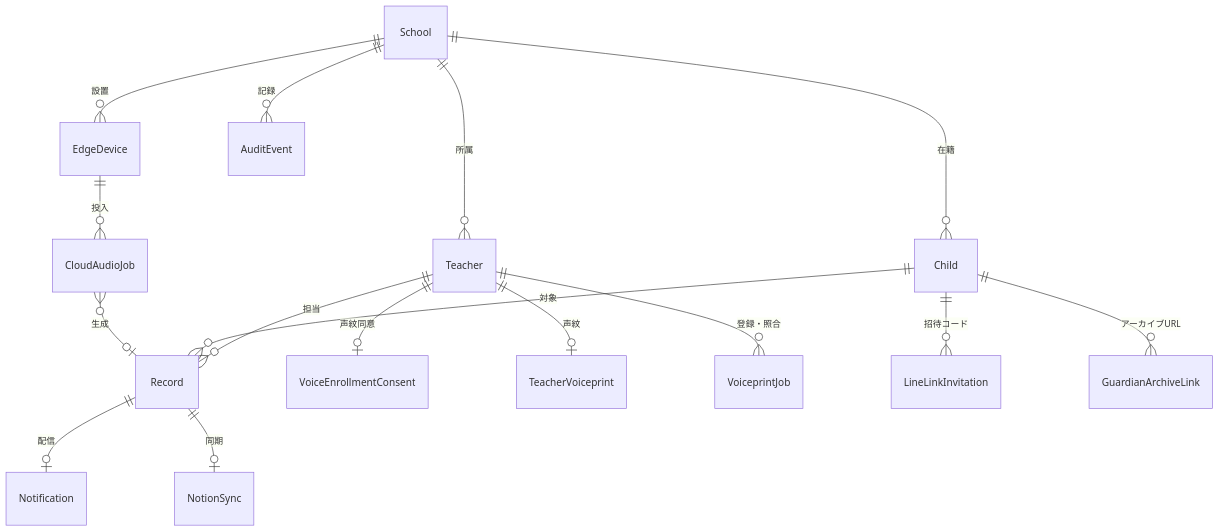
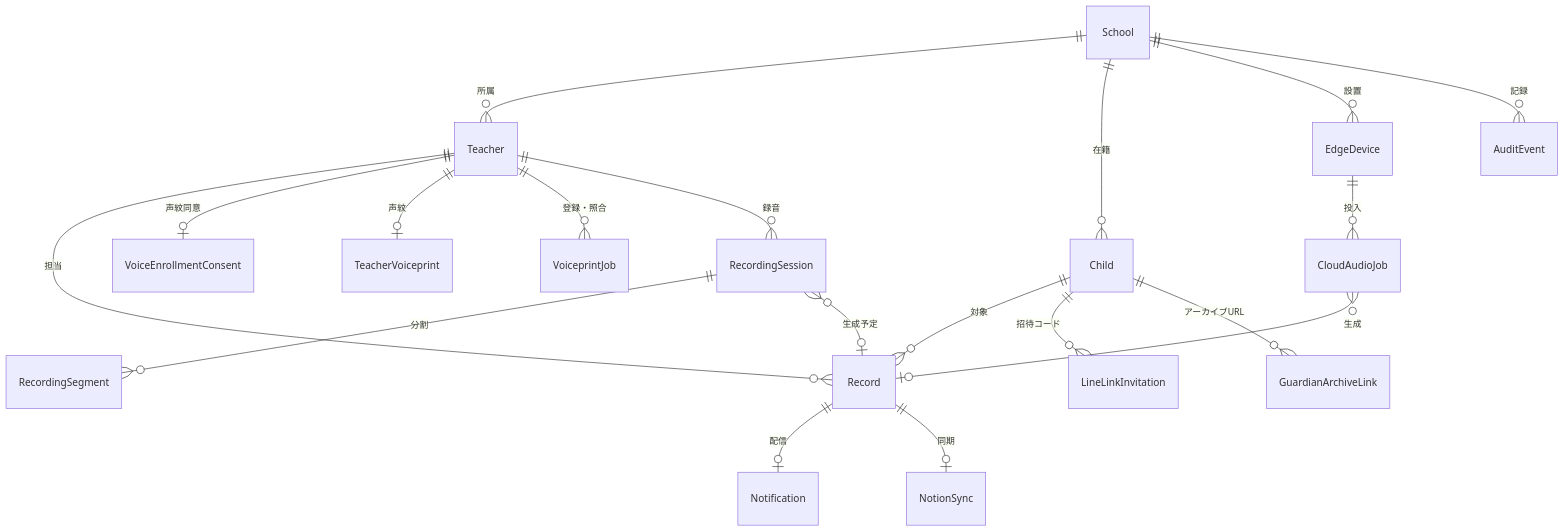
The first of 2 diagrams in docs/architecture/data-model.md (fuji0567/small-step), drawn with Mermaid before and after one commit. The commit also changed other lines of this file and 59 other files, not shown here.

````diff
--- a/docs/architecture/data-model.md
+++ b/docs/architecture/data-model.md
@@ -12,18 +12,21 @@
 ```mermaid
 erDiagram
     School ||--o{ Teacher : "所属"
     School ||--o{ Child : "在籍"
     School ||--o{ EdgeDevice : "設置"
     School ||--o{ AuditEvent : "記録"
     Teacher ||--o{ Record : "担当"
     Teacher ||--o| VoiceEnrollmentConsent : "声紋同意"
     Teacher ||--o| TeacherVoiceprint : "声紋"
     Teacher ||--o{ VoiceprintJob : "登録・照合"
     Child ||--o{ Record : "対象"
     Child ||--o{ LineLinkInvitation : "招待コード"
     Child ||--o{ GuardianArchiveLink : "アーカイブURL"
     Record ||--o| Notification : "配信"
     Record ||--o| NotionSync : "同期"
     EdgeDevice ||--o{ CloudAudioJob : "投入"
     CloudAudioJob }o--o| Record : "生成"
+    Teacher ||--o{ RecordingSession : "録音"
+    RecordingSession ||--o{ RecordingSegment : "分割"
+    RecordingSession }o--o| Record : "生成予定"
 ```
````
